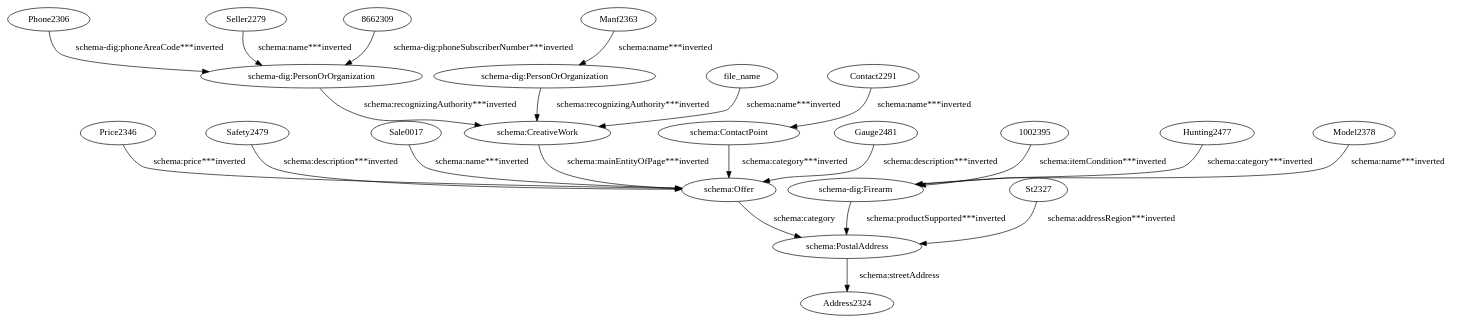
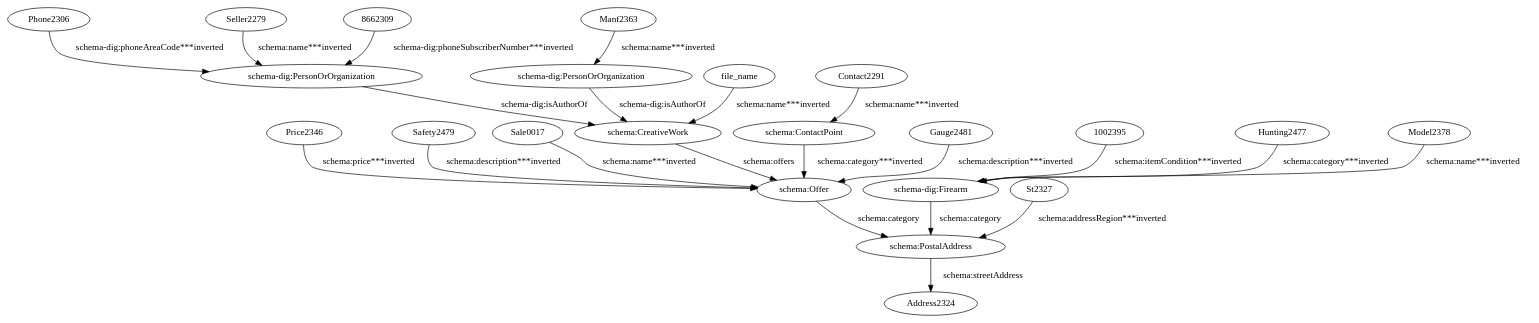
The diagram in evaluation/taheriyan2016/task_04/semantic_models_steiner/dot/dallasguns.dot (giuseppefutia/semi), drawn with Graphviz before and after one commit. The commit also changed 119 other files, not shown here.

```diff
--- a/evaluation/taheriyan2016/task_04/semantic_models_steiner/dot/dallasguns.dot
+++ b/evaluation/taheriyan2016/task_04/semantic_models_steiner/dot/dallasguns.dot
@@ -1,45 +1,45 @@
 digraph {
   "1002395" [type=attribute_name,label="1002395"]
   "8662309" [type=attribute_name,label="8662309"]
   "schema-dig:Firearm1" [type=class_uri,label="schema-dig:Firearm"]
   "schema-dig:PersonOrOrganization1" [type=class_uri,label="schema-dig:PersonOrOrganization"]
   Contact2291 [type=attribute_name,label=Contact2291]
   "schema:ContactPoint1" [type=class_uri,label="schema:ContactPoint"]
   Gauge2481 [type=attribute_name,label=Gauge2481]
   "schema:Offer1" [type=class_uri,label="schema:Offer"]
   Hunting2477 [type=attribute_name,label=Hunting2477]
   Manf2363 [type=attribute_name,label=Manf2363]
   "schema-dig:PersonOrOrganization2" [type=class_uri,label="schema-dig:PersonOrOrganization"]
   Model2378 [type=attribute_name,label=Model2378]
   Phone2306 [type=attribute_name,label=Phone2306]
   Price2346 [type=attribute_name,label=Price2346]
   Safety2479 [type=attribute_name,label=Safety2479]
   Sale0017 [type=attribute_name,label=Sale0017]
   Seller2279 [type=attribute_name,label=Seller2279]
   St2327 [type=attribute_name,label=St2327]
   "schema:PostalAddress1" [type=class_uri,label="schema:PostalAddress"]
   file_name [type=attribute_name,label=file_name]
   "schema:CreativeWork1" [type=class_uri,label="schema:CreativeWork"]
   Address2324 [type=attribute_name,label=Address2324]
   "1002395" -> "schema-dig:Firearm1" [type=st_property_uri,label="schema:itemCondition***inverted",weight=1]
   "8662309" -> "schema-dig:PersonOrOrganization1" [type=st_property_uri,label="schema-dig:phoneSubscriberNumber***inverted",weight=1]
   Contact2291 -> "schema:ContactPoint1" [type=st_property_uri,label="schema:name***inverted",weight=1]
   Gauge2481 -> "schema:Offer1" [type=st_property_uri,label="schema:description***inverted",weight=1]
   Hunting2477 -> "schema-dig:Firearm1" [type=st_property_uri,label="schema:category***inverted",weight=1]
   Manf2363 -> "schema-dig:PersonOrOrganization2" [type=st_property_uri,label="schema:name***inverted",weight=1]
   Model2378 -> "schema-dig:Firearm1" [type=st_property_uri,label="schema:name***inverted",weight=1]
   Phone2306 -> "schema-dig:PersonOrOrganization1" [type=st_property_uri,label="schema-dig:phoneAreaCode***inverted",weight=1]
   Price2346 -> "schema:Offer1" [type=st_property_uri,label="schema:price***inverted",weight=1]
   Safety2479 -> "schema:Offer1" [type=st_property_uri,label="schema:description***inverted",weight=1]
   Sale0017 -> "schema:Offer1" [type=st_property_uri,label="schema:name***inverted",weight=1]
   Seller2279 -> "schema-dig:PersonOrOrganization1" [type=st_property_uri,label="schema:name***inverted",weight=1]
   St2327 -> "schema:PostalAddress1" [type=st_property_uri,label="schema:addressRegion***inverted",weight=1]
   file_name -> "schema:CreativeWork1" [type=st_property_uri,label="schema:name***inverted",weight=1]
-  "schema-dig:Firearm1" -> "schema:PostalAddress1" [type=inherited,label="schema:productSupported***inverted",weight=4]
-  "schema-dig:PersonOrOrganization1" -> "schema:CreativeWork1" [type=inherited,label="schema:recognizingAuthority***inverted",weight=4]
-  "schema-dig:PersonOrOrganization2" -> "schema:CreativeWork1" [type=inherited,label="schema:recognizingAuthority***inverted",weight=4]
+  "schema-dig:Firearm1" -> "schema:PostalAddress1" [label="schema:category",type=inherited,weight=4]
+  "schema-dig:PersonOrOrganization1" -> "schema:CreativeWork1" [label="schema-dig:isAuthorOf",type=direct_property_uri,weight=1]
+  "schema-dig:PersonOrOrganization2" -> "schema:CreativeWork1" [label="schema-dig:isAuthorOf",type=direct_property_uri,weight=1]
   "schema:ContactPoint1" -> "schema:Offer1" [type=inherited,label="schema:category***inverted",weight=4]
-  "schema:CreativeWork1" -> "schema:Offer1" [type=inherited,label="schema:mainEntityOfPage***inverted",weight=4]
+  "schema:CreativeWork1" -> "schema:Offer1" [label="schema:offers",type=direct_property_uri,weight=1]
   "schema:Offer1" -> "schema:PostalAddress1" [label="schema:category",type=inherited,weight=4]
   "schema:PostalAddress1" -> Address2324 [label="schema:streetAddress",type=st_property_uri]
 }
```
